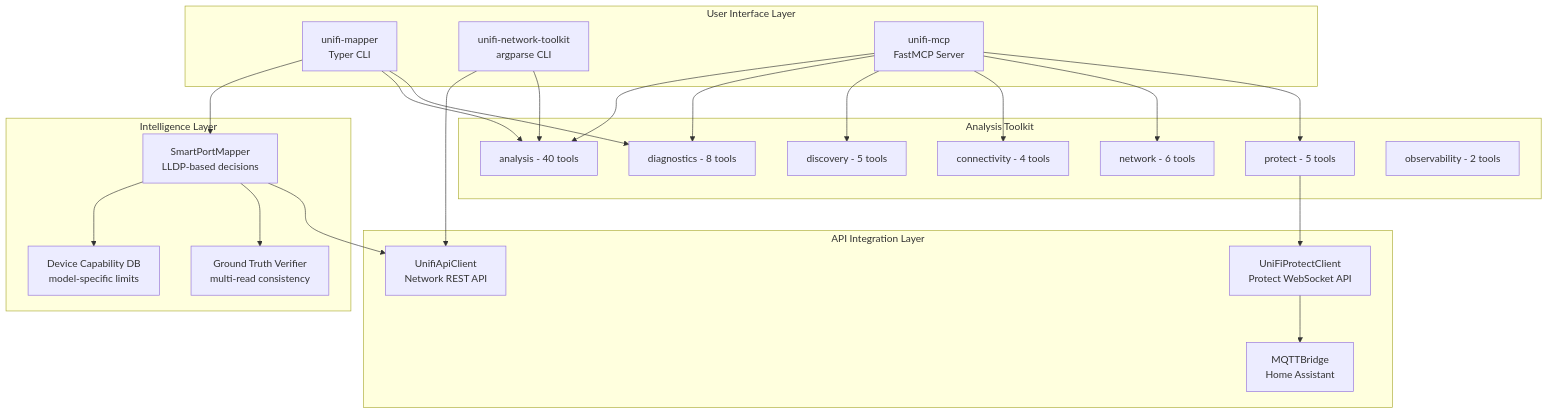
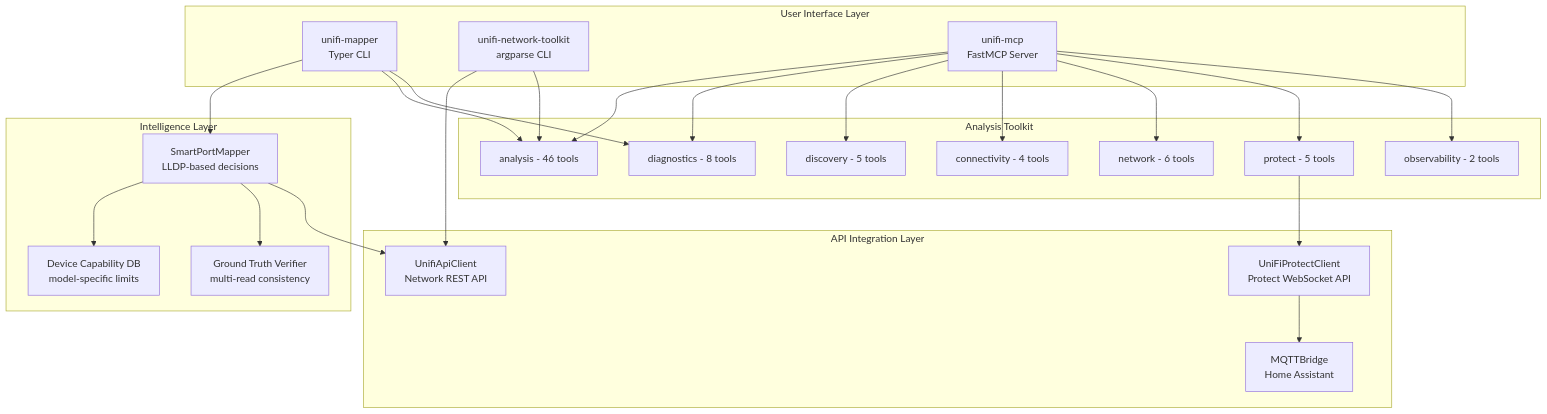
One commit to NetDevAutomate/unifi_management_cli changed diagram 20 of 20 in docs/guides/use-cases-and-howto.md. Above: the diagram before and after it, drawn with Mermaid. The commit also changed other lines of this file and 1 other file, not shown here.

````diff
--- a/docs/guides/use-cases-and-howto.md
+++ b/docs/guides/use-cases-and-howto.md
@@ -1785,49 +1818,50 @@
 ```mermaid
 flowchart TB
     subgraph UI["User Interface Layer"]
         A[unifi-mapper<br/>Typer CLI]
         B[unifi-network-toolkit<br/>argparse CLI]
         C[unifi-mcp<br/>FastMCP Server]
     end
 
     subgraph Intel["Intelligence Layer"]
         D[SmartPortMapper<br/>LLDP-based decisions]
         E[Device Capability DB<br/>model-specific limits]
         F[Ground Truth Verifier<br/>multi-read consistency]
     end
 
     subgraph Analysis["Analysis Toolkit"]
-        G[analysis - 40 tools]
+        G[analysis - 46 tools]
         H[diagnostics - 8 tools]
         I[discovery - 5 tools]
         J[connectivity - 4 tools]
         K[network - 6 tools]
         L[protect - 5 tools]
         P[observability - 2 tools]
     end
 
     subgraph API["API Integration Layer"]
         M[UnifiApiClient<br/>Network REST API]
         N[UniFiProtectClient<br/>Protect WebSocket API]
         O[MQTTBridge<br/>Home Assistant]
     end
 
     A --> D
     A --> G
     A --> H
     B --> M
     B --> G
     C --> G
     C --> H
     C --> I
     C --> J
     C --> K
     C --> L
+    C --> P
 
     D --> E
     D --> F
     D --> M
 
     L --> N
     N --> O
 ```
````
